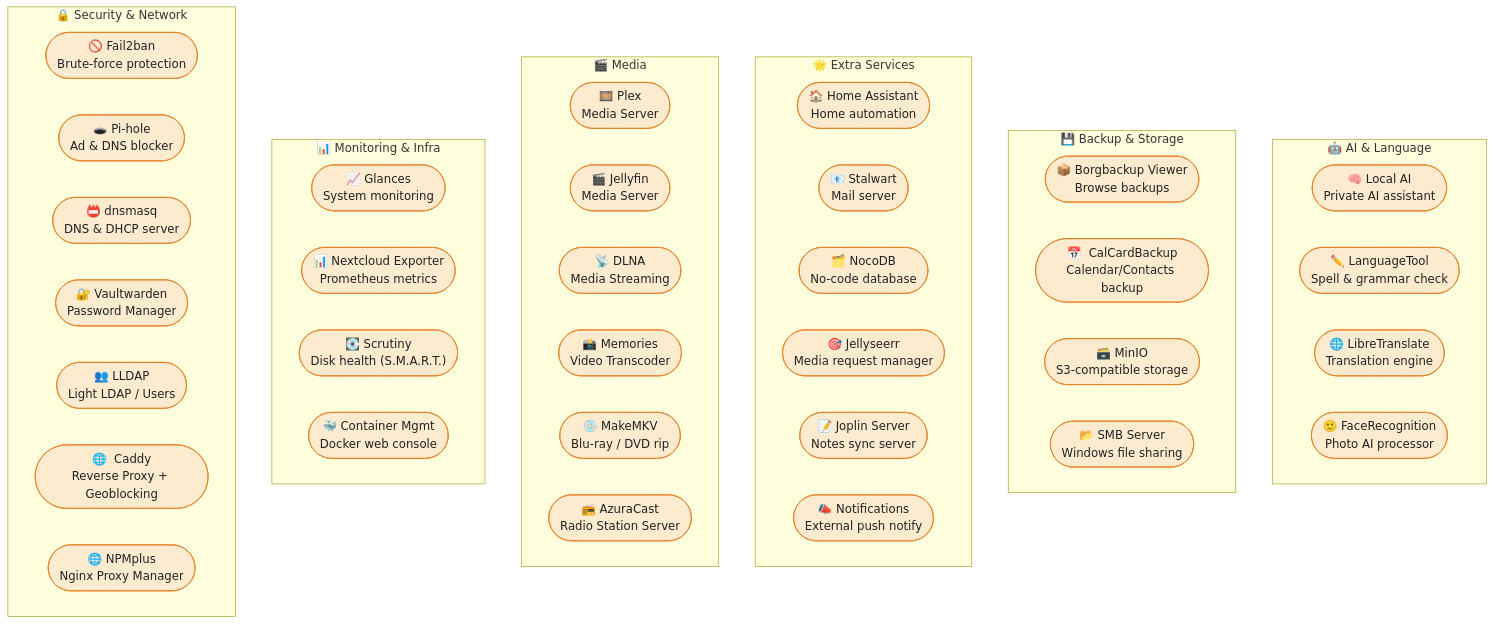
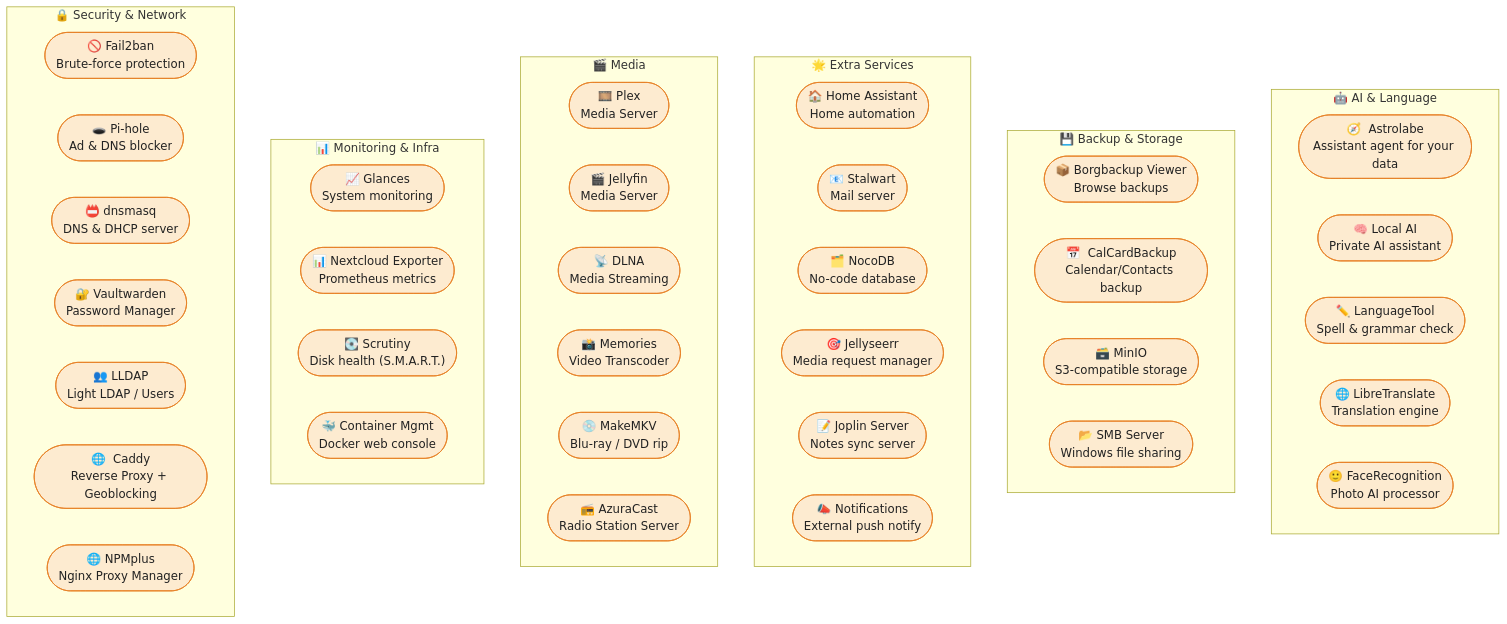
The diagram in community-containers/readme.md (nextcloud/all-in-one), drawn with Mermaid before and after one commit. The commit also changed 2 other files, not shown here.

Commit message:
feat(community-containers): add Astrolabe
Adds a community container running nextcloud-mcp-server, which lets the
Nextcloud Assistant's "Chat with AI" agent answer from the user's own
files, notes, calendar, contacts and Deck cards.

Upstream this needs the Context Agent ExApp, which requires AppAPI and a
deploy daemon (HaRP or the Docker Socket Proxy). Since v0.39.0 the
Astrolabe app registers an in-process provider for the core task type
core:contextagent:interaction instead, so none of that is needed.

Scope is deliberately small for a first version: semantic search and
background indexing are off, so nothing is embedded or indexed and the
agent reads through Nextcloud's own APIs as the asking user. No LLM is
bundled -- generation stays with whatever provider already serves
core:text2text:chatwithtools. Agent scopes are read-only.

Nextcloud is reached over the Docker network via the internal plain-HTTP
listener already used for Collabora's WOPI callbacks, while the token
audience and OAuth callback use the public mcp.$NC_DOMAIN, which an admin
can reverse-proxy at the published port 8000.

````diff
--- a/community-containers/readme.md
+++ b/community-containers/readme.md
@@ -9,55 +9,56 @@
 ```mermaid
 flowchart TD
     %% ── Styles ───────────────────────────────────────────────────────────────────
     classDef community fill:#FDEBD0,stroke:#E67E22,color:#222
     classDef group     fill:#FEF9E7,stroke:#F39C12,color:#333
 
     subgraph COMM_AI["🤖 AI & Language"]
+        ASTRO(["🧭  Astrolabe\nAssistant agent for your data"]):::community
         LAI(["🧠  Local AI\nPrivate AI assistant"]):::community
         LT(["✏️  LanguageTool\nSpell & grammar check"]):::community
         LTRANS(["🌐  LibreTranslate\nTranslation engine"]):::community
         FACE(["🙂  FaceRecognition\nPhoto AI processor"]):::community
     end
 
     subgraph COMM_BACKUP["💾 Backup & Storage"]
         BV(["📦  Borgbackup Viewer\nBrowse backups"]):::community
         CALB(["📅  CalCardBackup\nCalendar/Contacts backup"]):::community
         MINIO(["🗃️  MinIO\nS3-compatible storage"]):::community
         SMB(["📂  SMB Server\nWindows file sharing"]):::community
     end
 
     subgraph COMM_EXTRA["🌟 Extra Services"]
         HA(["🏠  Home Assistant\nHome automation"]):::community
         STLW(["📧  Stalwart\nMail server"]):::community
         NOCO(["🗂️  NocoDB\nNo-code database"]):::community
         JSER(["🎯  Jellyseerr\nMedia request manager"]):::community
         JOPLIN(["📝  Joplin Server\nNotes sync server"]):::community
         NOTIF(["📣  Notifications\nExternal push notify"]):::community
     end
 
     subgraph COMM_MEDIA["🎬 Media"]
         PLEX(["🎞️  Plex\nMedia Server"]):::community
         JELLY(["🎬  Jellyfin\nMedia Server"]):::community
         DLNA(["📡  DLNA\nMedia Streaming"]):::community
         MEMTR(["📸  Memories\nVideo Transcoder"]):::community
         MKV(["💿  MakeMKV\nBlu-ray / DVD rip"]):::community
         AZURA(["📻  AzuraCast\nRadio Station Server"]):::community
     end
 
     subgraph COMM_MONITOR["📊 Monitoring & Infra"]
         GLAN(["📈  Glances\nSystem monitoring"]):::community
         EXP(["📊  Nextcloud Exporter\nPrometheus metrics"]):::community
         SCRU(["💽  Scrutiny\nDisk health (S.M.A.R.T.)"]):::community
         CMGMT(["🐳  Container Mgmt\nDocker web console"]):::community
     end
 
     subgraph COMM_SEC["🔒 Security & Network"]
         F2B(["🚫  Fail2ban\nBrute-force protection"]):::community
         PIH(["🕳️  Pi-hole\nAd & DNS blocker"]):::community
         DNSM(["📛  dnsmasq\nDNS & DHCP server"]):::community
         VW(["🔐  Vaultwarden\nPassword Manager"]):::community
         LDAP(["👥  LLDAP\nLight LDAP / Users"]):::community
         CADDY(["🌐  Caddy\nReverse Proxy + Geoblocking"]):::community
         NPMPLUS(["🌐  NPMplus\nNginx Proxy Manager"]):::community
     end
 ```
````
